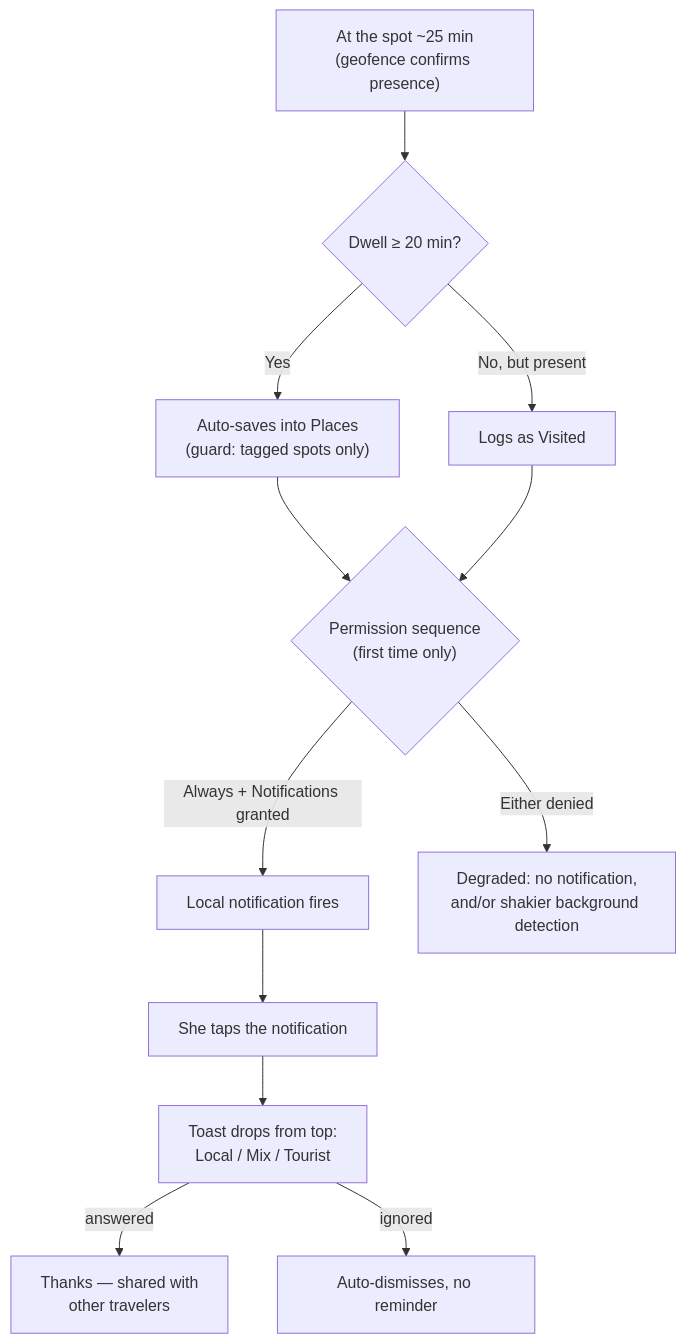
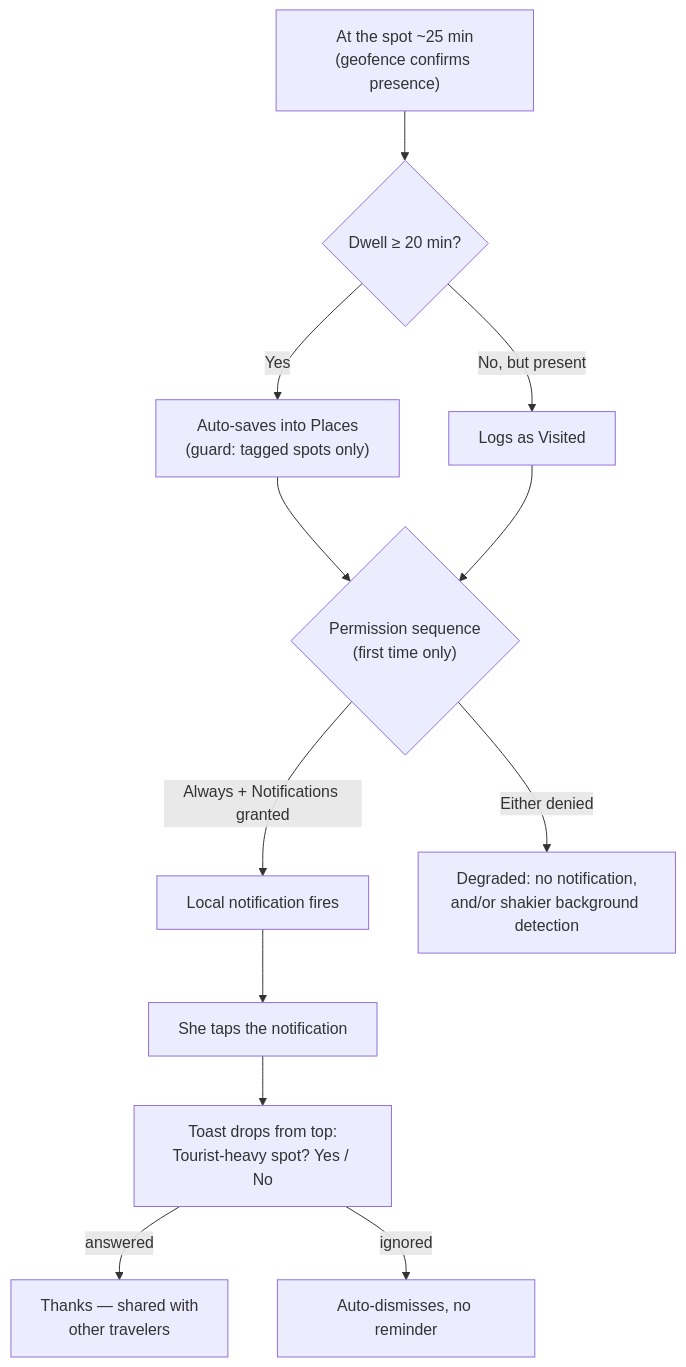
Before and after one commit to AviranGrisaro/passenger-brain: the fourth of 9 diagrams in design/ux-flows.md, drawn with Mermaid. The commit also changed other lines of this file and 3 other files, not shown here.

First line of the commit message:
Lock strategy and UX flows: resolve PAS-6 founders-meeting open items

````diff
--- a/design/ux-flows.md
+++ b/design/ux-flows.md
@@ -207,13 +207,13 @@
 ```mermaid
 flowchart TD
     A["At the spot ~25 min<br/>(geofence confirms presence)"] --> B{Dwell ≥ 20 min?}
     B -->|Yes| C["Auto-saves into Places<br/>(guard: tagged spots only)"]
     B -->|No, but present| D[Logs as Visited]
     C --> E{"Permission sequence<br/>(first time only)"}
     D --> E
     E -->|Always + Notifications granted| F[Local notification fires]
     E -->|Either denied| G["Degraded: no notification,<br/>and/or shakier background detection"]
-    F --> H[She taps the notification] --> I["Toast drops from top:<br/>Local / Mix / Tourist"]
+    F --> H[She taps the notification] --> I["Toast drops from top:<br/>Tourist-heavy spot? Yes / No"]
     I -->|answered| J["Thanks — shared with<br/>other travelers"]
     I -->|ignored| K[Auto-dismisses, no reminder]
 ```
````
